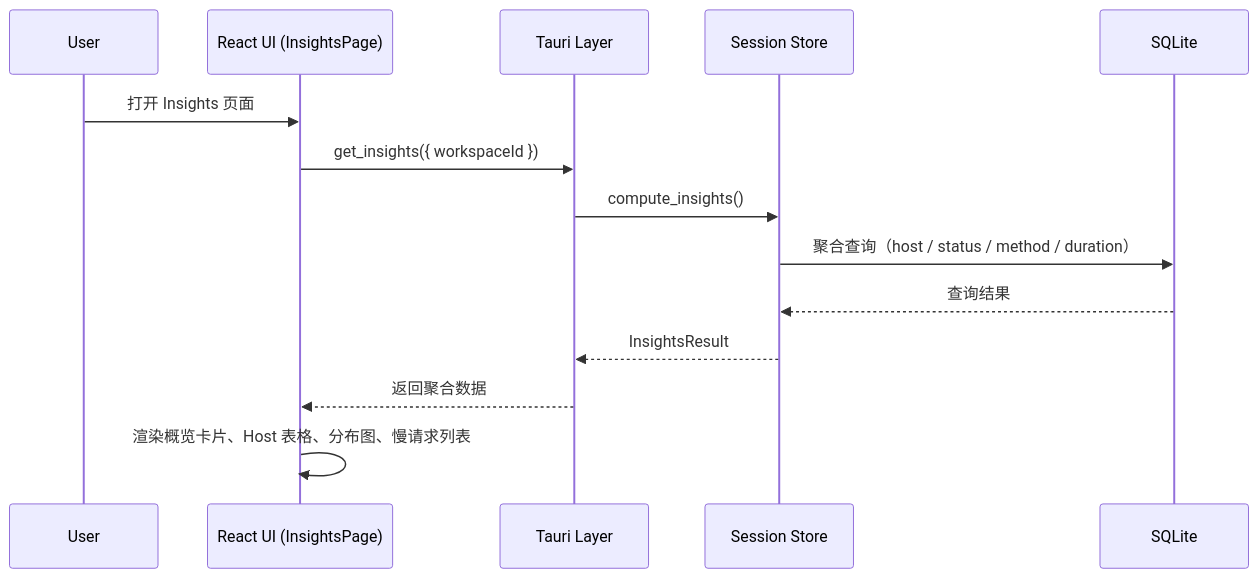
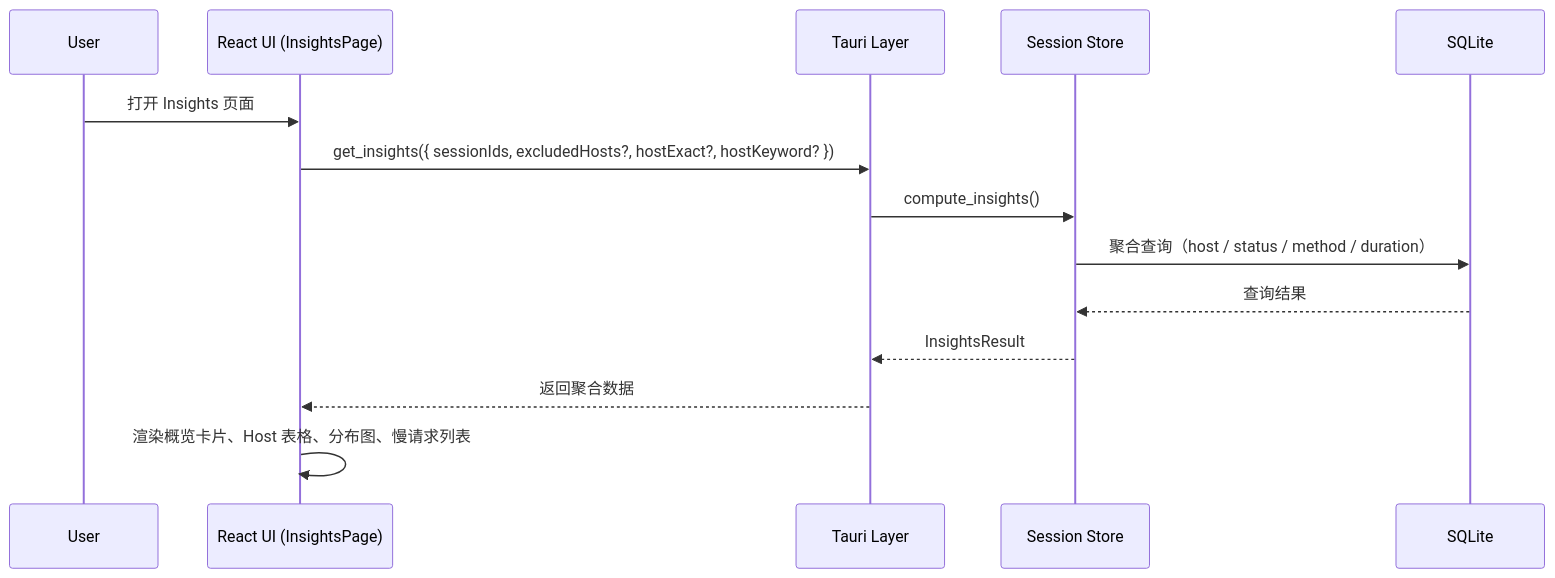
The third of 4 diagrams in docs/ARCHITECTURE.md (small-dream/AIProxy), drawn with Mermaid before and after one commit. The commit also changed other lines of this file and 12 other files, not shown here.

````diff
--- a/docs/ARCHITECTURE.md
+++ b/docs/ARCHITECTURE.md
@@ -468,17 +468,17 @@
 ```mermaid
 sequenceDiagram
     participant U as User
     participant UI as React UI (InsightsPage)
     participant T as Tauri Layer
     participant S as Session Store
     participant DB as SQLite
 
     U->>UI: 打开 Insights 页面
-    UI->>T: get_insights({ workspaceId })
+    UI->>T: get_insights({ sessionIds, excludedHosts?, hostExact?, hostKeyword? })
     T->>S: compute_insights()
     S->>DB: 聚合查询（host / status / method / duration）
     DB-->>S: 查询结果
     S-->>T: InsightsResult
     T-->>UI: 返回聚合数据
     UI->>UI: 渲染概览卡片、Host 表格、分布图、慢请求列表
 ```
````
